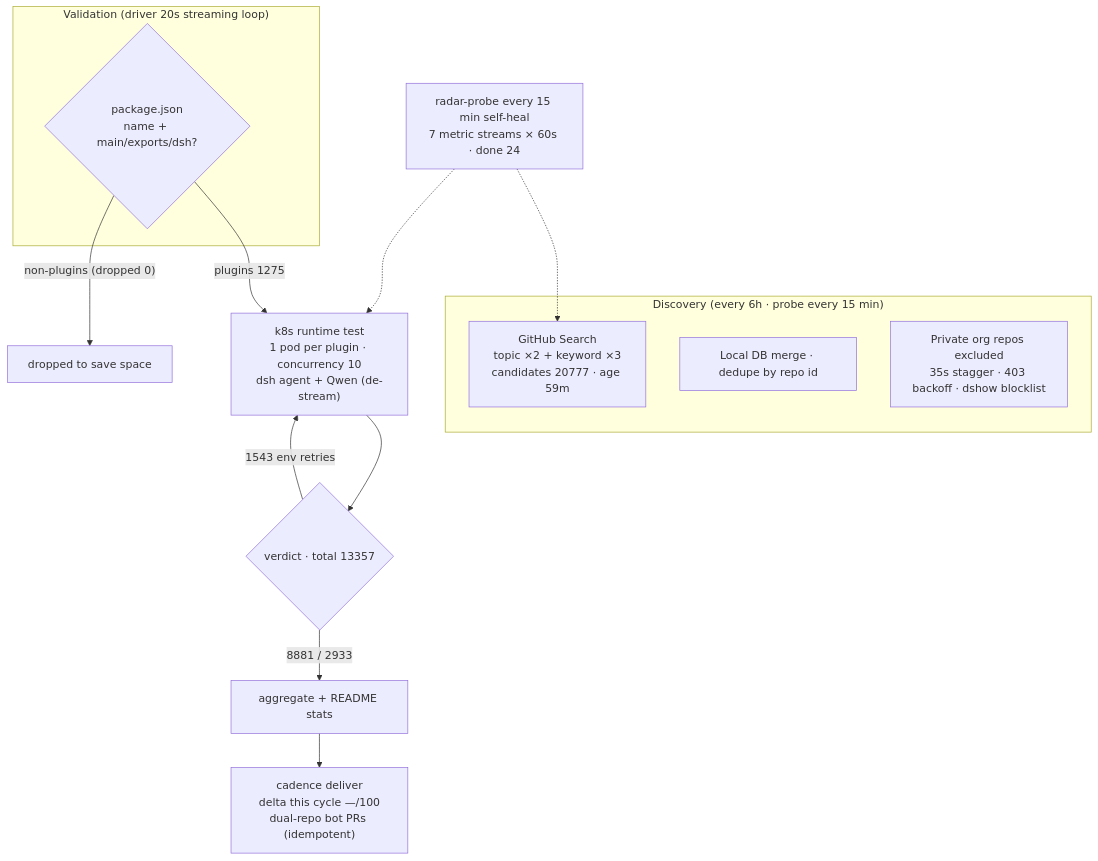
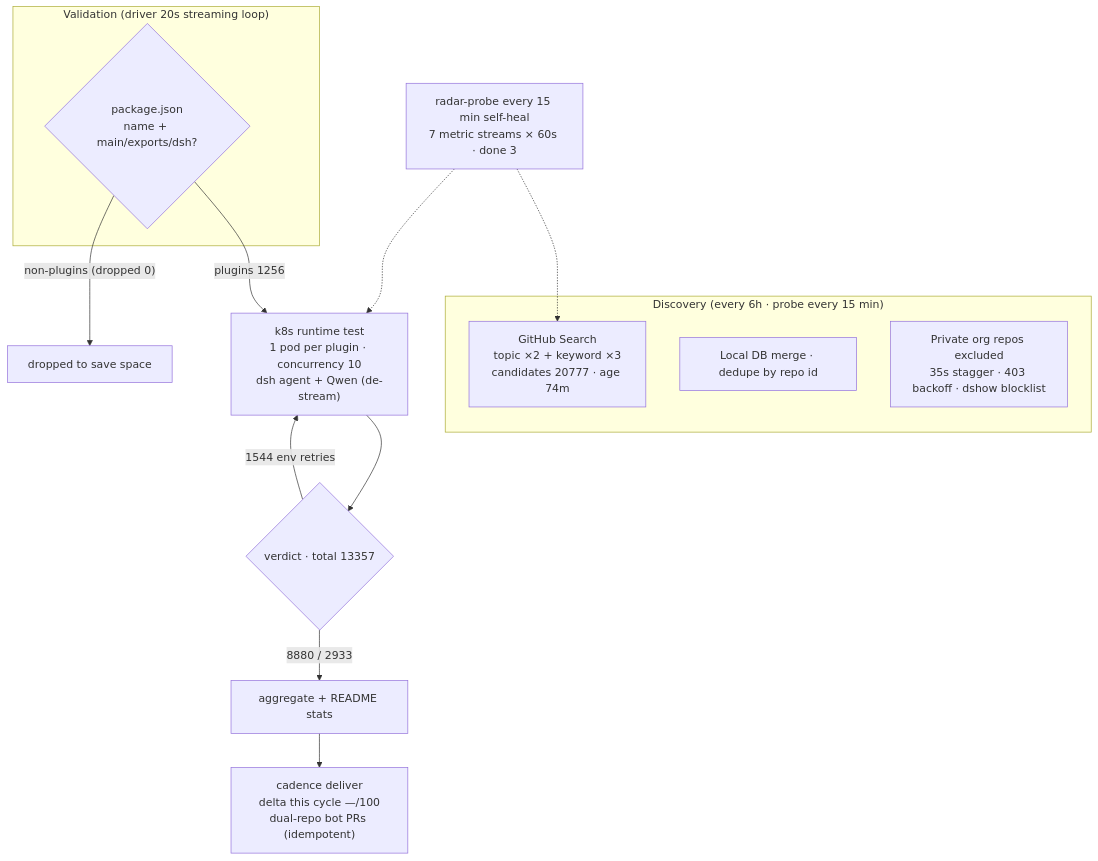
Before and after one commit to 1420079678-ctrl/dsh-plugin-radar: the diagram in README.en-US.md, drawn with Mermaid. The commit also changed other lines of this file and 9 other files, not shown here.

````diff
--- a/README.en-US.md
+++ b/README.en-US.md
@@ -45,20 +45,20 @@
 ```mermaid
 flowchart TB
     subgraph Discovery["Discovery (every 6h · probe every 15 min)"]
-        A1["GitHub Search<br/>topic ×2 + keyword ×3<br/>candidates 20777 · age 59m"]
+        A1["GitHub Search<br/>topic ×2 + keyword ×3<br/>candidates 20777 · age 74m"]
         A2["Local DB merge · dedupe by repo id"]
         A3["Private org repos excluded<br/>35s stagger · 403 backoff · dshow blocklist"]
     end
     subgraph Validation["Validation (driver 20s streaming loop)"]
         B1{"package.json<br/>name + main/exports/dsh?"}
     end
-    B1 -->|"plugins 1275"| C1["k8s runtime test<br/>1 pod per plugin · concurrency 10<br/>dsh agent + Qwen (de-stream)"]
+    B1 -->|"plugins 1256"| C1["k8s runtime test<br/>1 pod per plugin · concurrency 10<br/>dsh agent + Qwen (de-stream)"]
     B1 -->|"non-plugins (dropped 0)"| B3["dropped to save space"]
     C1 --> D1{"verdict · total 13357"}
-    D1 -->|"8881 / 2933"| E1["aggregate + README stats"]
-    D1 -->|"1543 env retries"| C1
+    D1 -->|"8880 / 2933"| E1["aggregate + README stats"]
+    D1 -->|"1544 env retries"| C1
     E1 --> E2["cadence deliver<br/>delta this cycle —/100<br/>dual-repo bot PRs (idempotent)"]
-    M["radar-probe every 15 min self-heal<br/>7 metric streams × 60s · done 24"]
+    M["radar-probe every 15 min self-heal<br/>7 metric streams × 60s · done 3"]
     M -.-> A1
     M -.-> C1
 ```
````
